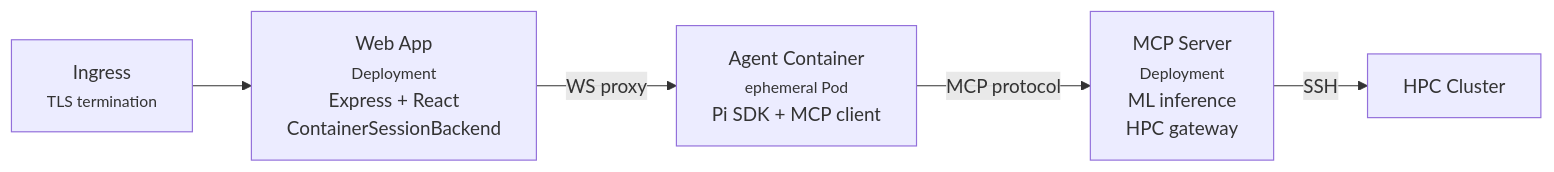
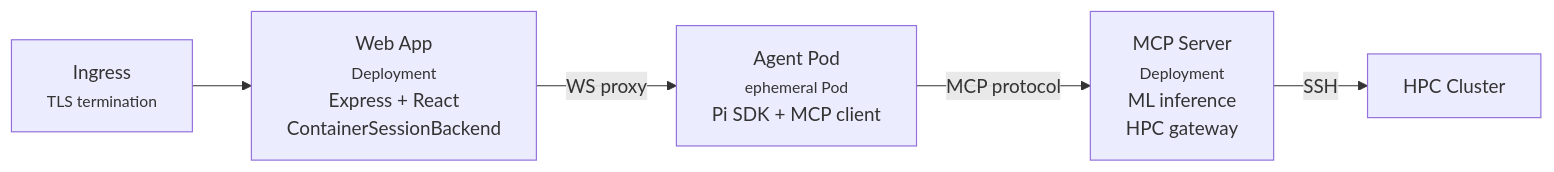
One commit to sigilmakes/goldilocks-app changed the second of 2 diagrams in docs/architecture/deployment.md. Above: the diagram before and after it, drawn with Mermaid. The commit also changed other lines of this file and 11 other files, not shown here.

First line of the commit message:
docs: update all docs for k8s-only architecture

````diff
--- a/docs/architecture/deployment.md
+++ b/docs/architecture/deployment.md
@@ -53,13 +46,13 @@
 ```mermaid
 graph LR
     Ingress["Ingress<br/><small>TLS termination</small>"]
     WebApp["Web App<br/><small>Deployment</small><br/>Express + React<br/>ContainerSessionBackend"]
-    AgentPod["Agent Container<br/><small>ephemeral Pod</small><br/>Pi SDK + MCP client"]
+    AgentPod["Agent Pod<br/><small>ephemeral Pod</small><br/>Pi SDK + MCP client"]
     MCP["MCP Server<br/><small>Deployment</small><br/>ML inference<br/>HPC gateway"]
     HPC["HPC Cluster"]
 
     Ingress --> WebApp
     WebApp -->|"WS proxy"| AgentPod
     AgentPod -->|"MCP protocol"| MCP
     MCP -->|"SSH"| HPC
 ```
````
